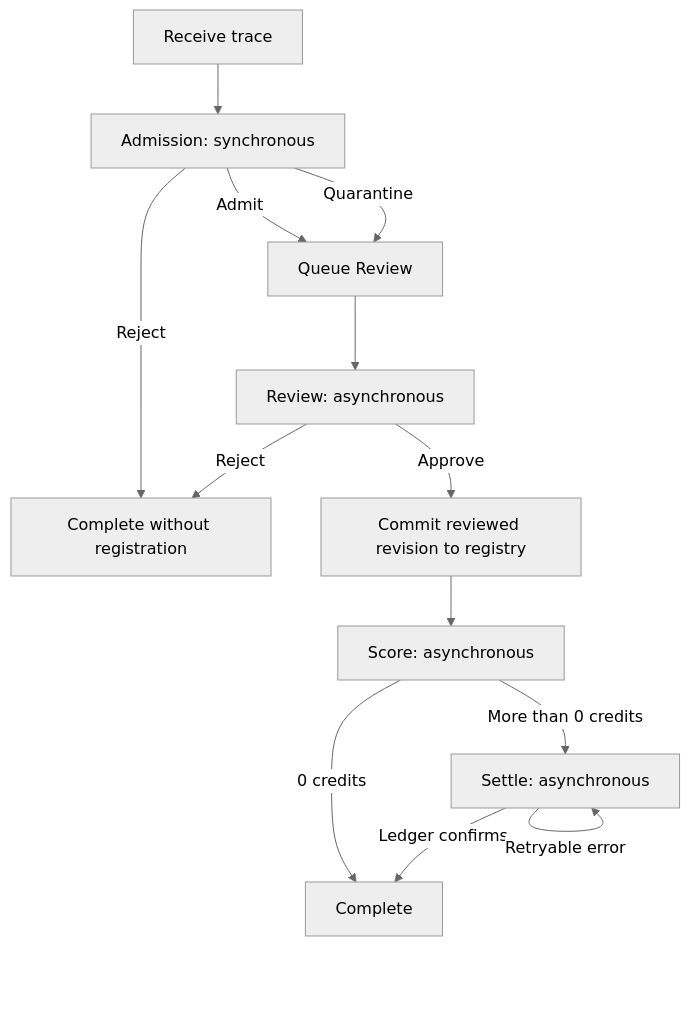
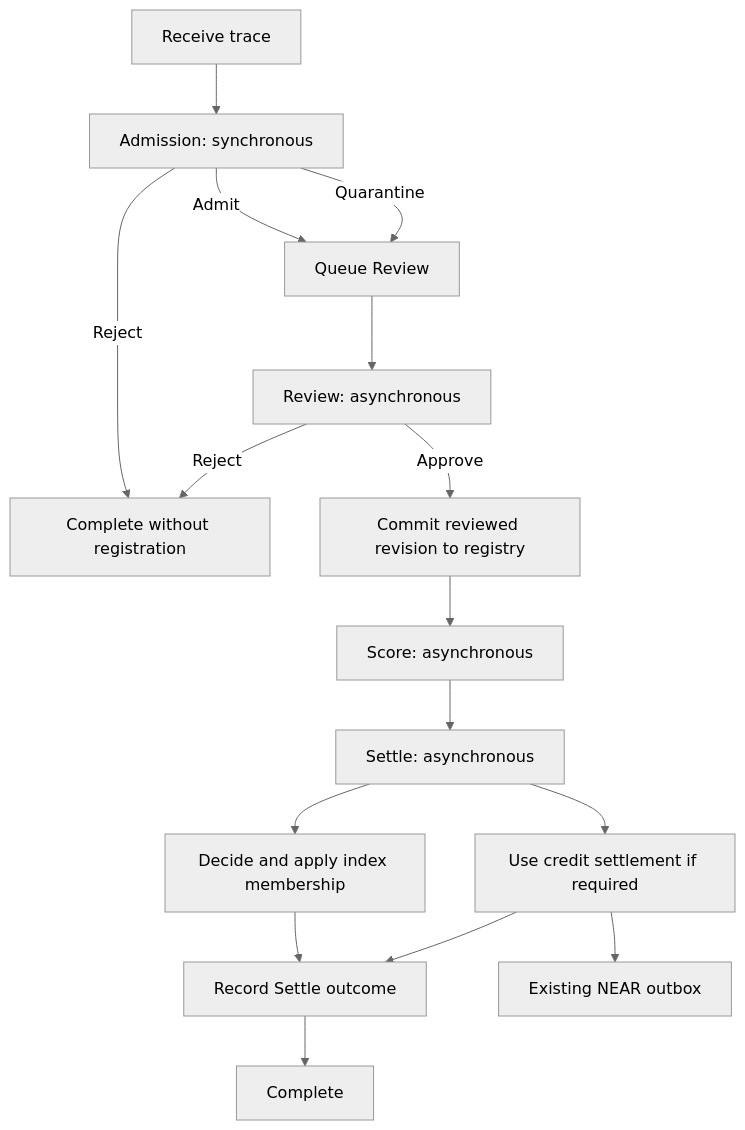
The second of 3 diagrams in docs/redesign/proposal.md (TraceCommons/trace-commons), drawn with Mermaid (neutral theme) before and after one commit. The commit also changed other lines of this file, not shown here.

````diff
--- a/docs/redesign/proposal.md
+++ b/docs/redesign/proposal.md
@@ -216,15 +232,18 @@
 ```mermaid
 flowchart TD
     T[Receive trace] --> A[Admission: synchronous]
     A -->|Reject| X[Complete without registration]
     A -->|Admit| RQ[Queue Review]
     A -->|Quarantine| RQ
     RQ --> R[Review: asynchronous]
     R -->|Reject| X
     R -->|Approve| G[Commit reviewed revision to registry]
     G --> S[Score: asynchronous]
-    S -->|0 credits| C[Complete]
-    S -->|More than 0 credits| L[Settle: asynchronous]
-    L -->|Ledger confirms| C
-    L -->|Retryable error| L
+    S --> L[Settle: asynchronous]
+    L --> I[Decide and apply index membership]
+    L --> B[Use credit settlement if required]
+    I --> O[Record Settle outcome]
+    B --> O
+    B --> N[Existing NEAR outbox]
+    O --> C[Complete]
 ```
````
